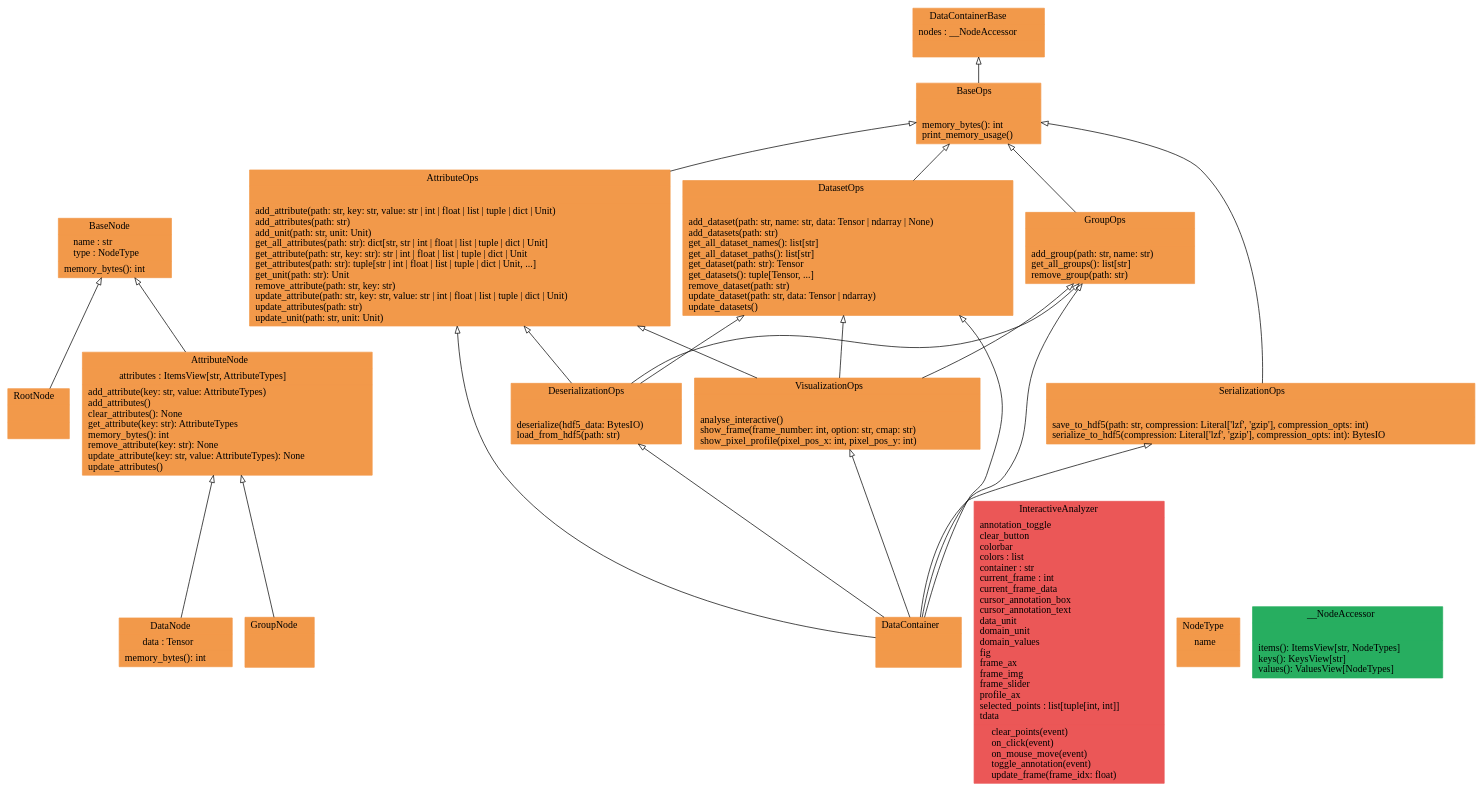
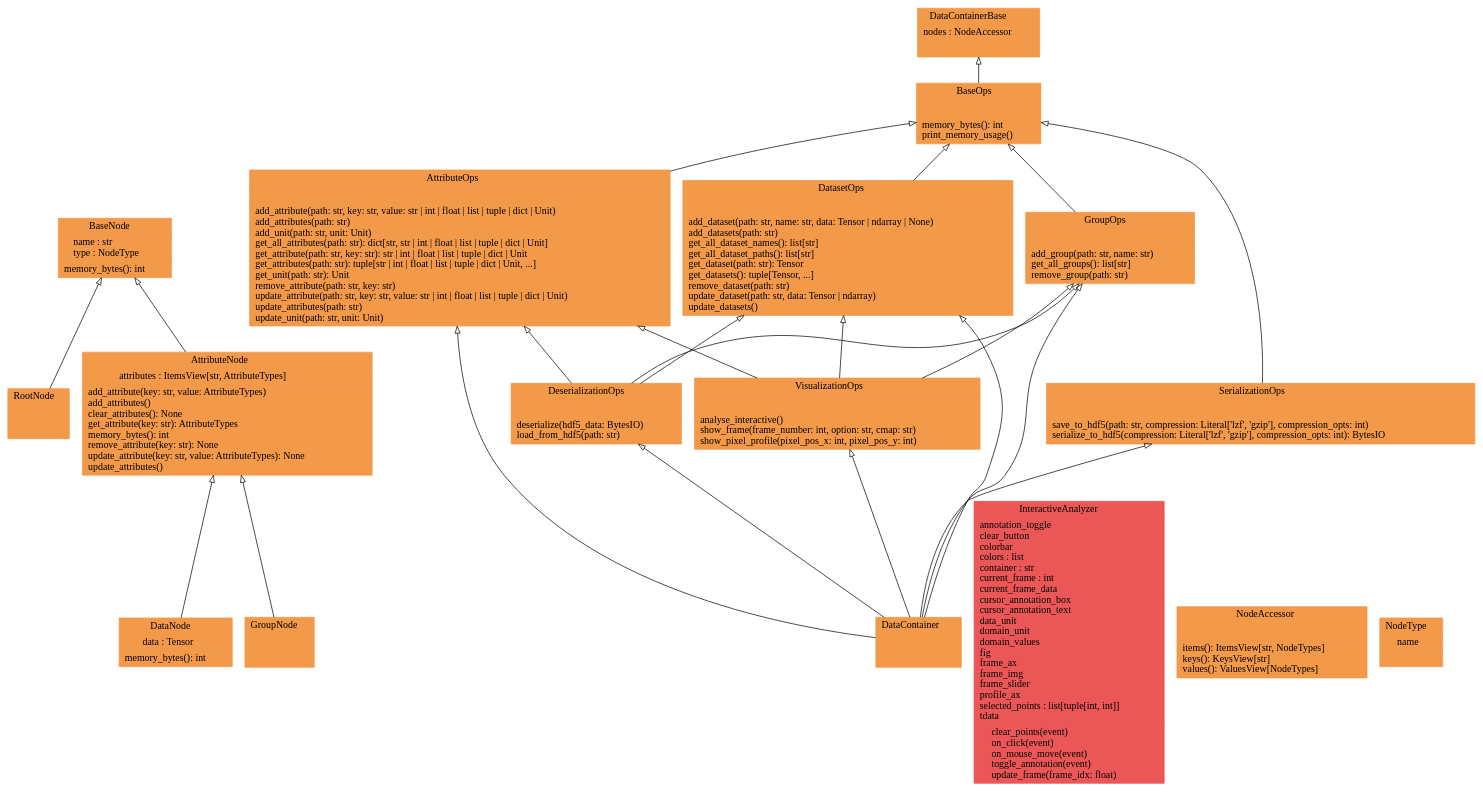
Before and after one commit to voidsy-gmbh/pyThermoNDT: the diagram in docs/pyreverse/graphviz/classes_pythermondt.data.datacontainer.gv, drawn with Graphviz. The commit also changed 11 other files, not shown here.

First line of the commit message:
Make DataContainer pickleable by moving NodeAccessor out of inner class (#128)

```diff
--- a/docs/pyreverse/graphviz/classes_pythermondt.data.datacontainer.gv
+++ b/docs/pyreverse/graphviz/classes_pythermondt.data.datacontainer.gv
@@ -1,42 +1,42 @@
 digraph "classes_pythermondt.data.datacontainer" {
 rankdir=BT
 charset="utf-8"
 "pythermondt.data.datacontainer.node.AttributeNode" [color="#F2994A", fontcolor="black", label=<{AttributeNode|attributes : ItemsView[str, AttributeTypes]<br ALIGN="LEFT"/>|add_attribute(key: str, value: AttributeTypes)<br ALIGN="LEFT"/>add_attributes()<br ALIGN="LEFT"/>clear_attributes(): None<br ALIGN="LEFT"/>get_attribute(key: str): AttributeTypes<br ALIGN="LEFT"/>memory_bytes(): int<br ALIGN="LEFT"/>remove_attribute(key: str): None<br ALIGN="LEFT"/>update_attribute(key: str, value: AttributeTypes): None<br ALIGN="LEFT"/>update_attributes()<br ALIGN="LEFT"/>}>, shape="record", style="filled"];
 "pythermondt.data.datacontainer.attribute_ops.AttributeOps" [color="#F2994A", fontcolor="black", label=<{AttributeOps|<br ALIGN="LEFT"/>|add_attribute(path: str, key: str, value: str \| int \| float \| list \| tuple \| dict \| Unit)<br ALIGN="LEFT"/>add_attributes(path: str)<br ALIGN="LEFT"/>add_unit(path: str, unit: Unit)<br ALIGN="LEFT"/>get_all_attributes(path: str): dict[str, str \| int \| float \| list \| tuple \| dict \| Unit]<br ALIGN="LEFT"/>get_attribute(path: str, key: str): str \| int \| float \| list \| tuple \| dict \| Unit<br ALIGN="LEFT"/>get_attributes(path: str): tuple[str \| int \| float \| list \| tuple \| dict \| Unit, ...]<br ALIGN="LEFT"/>get_unit(path: str): Unit<br ALIGN="LEFT"/>remove_attribute(path: str, key: str)<br ALIGN="LEFT"/>update_attribute(path: str, key: str, value: str \| int \| float \| list \| tuple \| dict \| Unit)<br ALIGN="LEFT"/>update_attributes(path: str)<br ALIGN="LEFT"/>update_unit(path: str, unit: Unit)<br ALIGN="LEFT"/>}>, shape="record", style="filled"];
 "pythermondt.data.datacontainer.node.BaseNode" [color="#F2994A", fontcolor="black", label=<{BaseNode|name : str<br ALIGN="LEFT"/>type : NodeType<br ALIGN="LEFT"/>|memory_bytes(): int<br ALIGN="LEFT"/>}>, shape="record", style="filled"];
 "pythermondt.data.datacontainer.base.BaseOps" [color="#F2994A", fontcolor="black", label=<{BaseOps|<br ALIGN="LEFT"/>|memory_bytes(): int<br ALIGN="LEFT"/>print_memory_usage()<br ALIGN="LEFT"/>}>, shape="record", style="filled"];
 "pythermondt.data.datacontainer.core.DataContainer" [color="#F2994A", fontcolor="black", label=<{DataContainer|<br ALIGN="LEFT"/>|}>, shape="record", style="filled"];
-"pythermondt.data.datacontainer.base.DataContainerBase" [color="#F2994A", fontcolor="black", label=<{DataContainerBase|nodes : __NodeAccessor<br ALIGN="LEFT"/>|}>, shape="record", style="filled"];
+"pythermondt.data.datacontainer.base.DataContainerBase" [color="#F2994A", fontcolor="black", label=<{DataContainerBase|nodes : NodeAccessor<br ALIGN="LEFT"/>|}>, shape="record", style="filled"];
 "pythermondt.data.datacontainer.node.DataNode" [color="#F2994A", fontcolor="black", label=<{DataNode|data : Tensor<br ALIGN="LEFT"/>|memory_bytes(): int<br ALIGN="LEFT"/>}>, shape="record", style="filled"];
 "pythermondt.data.datacontainer.dataset_ops.DatasetOps" [color="#F2994A", fontcolor="black", label=<{DatasetOps|<br ALIGN="LEFT"/>|add_dataset(path: str, name: str, data: Tensor \| ndarray \| None)<br ALIGN="LEFT"/>add_datasets(path: str)<br ALIGN="LEFT"/>get_all_dataset_names(): list[str]<br ALIGN="LEFT"/>get_all_dataset_paths(): list[str]<br ALIGN="LEFT"/>get_dataset(path: str): Tensor<br ALIGN="LEFT"/>get_datasets(): tuple[Tensor, ...]<br ALIGN="LEFT"/>remove_dataset(path: str)<br ALIGN="LEFT"/>update_dataset(path: str, data: Tensor \| ndarray)<br ALIGN="LEFT"/>update_datasets()<br ALIGN="LEFT"/>}>, shape="record", style="filled"];
 "pythermondt.data.datacontainer.serialization_ops.DeserializationOps" [color="#F2994A", fontcolor="black", label=<{DeserializationOps|<br ALIGN="LEFT"/>|deserialize(hdf5_data: BytesIO)<br ALIGN="LEFT"/>load_from_hdf5(path: str)<br ALIGN="LEFT"/>}>, shape="record", style="filled"];
 "pythermondt.data.datacontainer.node.GroupNode" [color="#F2994A", fontcolor="black", label=<{GroupNode|<br ALIGN="LEFT"/>|}>, shape="record", style="filled"];
 "pythermondt.data.datacontainer.group_ops.GroupOps" [color="#F2994A", fontcolor="black", label=<{GroupOps|<br ALIGN="LEFT"/>|add_group(path: str, name: str)<br ALIGN="LEFT"/>get_all_groups(): list[str]<br ALIGN="LEFT"/>remove_group(path: str)<br ALIGN="LEFT"/>}>, shape="record", style="filled"];
 "pythermondt.data.datacontainer.visualization_ops.VisualizationOps.InteractiveAnalyzer" [color="#EB5757", fontcolor="black", label=<{InteractiveAnalyzer|annotation_toggle<br ALIGN="LEFT"/>clear_button<br ALIGN="LEFT"/>colorbar<br ALIGN="LEFT"/>colors : list<br ALIGN="LEFT"/>container : str<br ALIGN="LEFT"/>current_frame : int<br ALIGN="LEFT"/>current_frame_data<br ALIGN="LEFT"/>cursor_annotation_box<br ALIGN="LEFT"/>cursor_annotation_text<br ALIGN="LEFT"/>data_unit<br ALIGN="LEFT"/>domain_unit<br ALIGN="LEFT"/>domain_values<br ALIGN="LEFT"/>fig<br ALIGN="LEFT"/>frame_ax<br ALIGN="LEFT"/>frame_img<br ALIGN="LEFT"/>frame_slider<br ALIGN="LEFT"/>profile_ax<br ALIGN="LEFT"/>selected_points : list[tuple[int, int]]<br ALIGN="LEFT"/>tdata<br ALIGN="LEFT"/>|clear_points(event)<br ALIGN="LEFT"/>on_click(event)<br ALIGN="LEFT"/>on_mouse_move(event)<br ALIGN="LEFT"/>toggle_annotation(event)<br ALIGN="LEFT"/>update_frame(frame_idx: float)<br ALIGN="LEFT"/>}>, shape="record", style="filled"];
+"pythermondt.data.datacontainer.base.NodeAccessor" [color="#F2994A", fontcolor="black", label=<{NodeAccessor|<br ALIGN="LEFT"/>|items(): ItemsView[str, NodeTypes]<br ALIGN="LEFT"/>keys(): KeysView[str]<br ALIGN="LEFT"/>values(): ValuesView[NodeTypes]<br ALIGN="LEFT"/>}>, shape="record", style="filled"];
 "pythermondt.data.datacontainer.node.NodeType" [color="#F2994A", fontcolor="black", label=<{NodeType|name<br ALIGN="LEFT"/>|}>, shape="record", style="filled"];
 "pythermondt.data.datacontainer.node.RootNode" [color="#F2994A", fontcolor="black", label=<{RootNode|<br ALIGN="LEFT"/>|}>, shape="record", style="filled"];
 "pythermondt.data.datacontainer.serialization_ops.SerializationOps" [color="#F2994A", fontcolor="black", label=<{SerializationOps|<br ALIGN="LEFT"/>|save_to_hdf5(path: str, compression: Literal['lzf', 'gzip'], compression_opts: int)<br ALIGN="LEFT"/>serialize_to_hdf5(compression: Literal['lzf', 'gzip'], compression_opts: int): BytesIO<br ALIGN="LEFT"/>}>, shape="record", style="filled"];
 "pythermondt.data.datacontainer.visualization_ops.VisualizationOps" [color="#F2994A", fontcolor="black", label=<{VisualizationOps|<br ALIGN="LEFT"/>|analyse_interactive()<br ALIGN="LEFT"/>show_frame(frame_number: int, option: str, cmap: str)<br ALIGN="LEFT"/>show_pixel_profile(pixel_pos_x: int, pixel_pos_y: int)<br ALIGN="LEFT"/>}>, shape="record", style="filled"];
-"pythermondt.data.datacontainer.base.DataContainerBase.__NodeAccessor" [color="#27AE60", fontcolor="black", label=<{__NodeAccessor|<br ALIGN="LEFT"/>|items(): ItemsView[str, NodeTypes]<br ALIGN="LEFT"/>keys(): KeysView[str]<br ALIGN="LEFT"/>values(): ValuesView[NodeTypes]<br ALIGN="LEFT"/>}>, shape="record", style="filled"];
 "pythermondt.data.datacontainer.attribute_ops.AttributeOps" -> "pythermondt.data.datacontainer.base.BaseOps" [arrowhead="empty", arrowtail="none"];
 "pythermondt.data.datacontainer.base.BaseOps" -> "pythermondt.data.datacontainer.base.DataContainerBase" [arrowhead="empty", arrowtail="none"];
 "pythermondt.data.datacontainer.core.DataContainer" -> "pythermondt.data.datacontainer.attribute_ops.AttributeOps" [arrowhead="empty", arrowtail="none"];
 "pythermondt.data.datacontainer.core.DataContainer" -> "pythermondt.data.datacontainer.dataset_ops.DatasetOps" [arrowhead="empty", arrowtail="none"];
 "pythermondt.data.datacontainer.core.DataContainer" -> "pythermondt.data.datacontainer.group_ops.GroupOps" [arrowhead="empty", arrowtail="none"];
 "pythermondt.data.datacontainer.core.DataContainer" -> "pythermondt.data.datacontainer.serialization_ops.DeserializationOps" [arrowhead="empty", arrowtail="none"];
 "pythermondt.data.datacontainer.core.DataContainer" -> "pythermondt.data.datacontainer.serialization_ops.SerializationOps" [arrowhead="empty", arrowtail="none"];
 "pythermondt.data.datacontainer.core.DataContainer" -> "pythermondt.data.datacontainer.visualization_ops.VisualizationOps" [arrowhead="empty", arrowtail="none"];
 "pythermondt.data.datacontainer.dataset_ops.DatasetOps" -> "pythermondt.data.datacontainer.base.BaseOps" [arrowhead="empty", arrowtail="none"];
 "pythermondt.data.datacontainer.group_ops.GroupOps" -> "pythermondt.data.datacontainer.base.BaseOps" [arrowhead="empty", arrowtail="none"];
 "pythermondt.data.datacontainer.node.AttributeNode" -> "pythermondt.data.datacontainer.node.BaseNode" [arrowhead="empty", arrowtail="none"];
 "pythermondt.data.datacontainer.node.DataNode" -> "pythermondt.data.datacontainer.node.AttributeNode" [arrowhead="empty", arrowtail="none"];
 "pythermondt.data.datacontainer.node.GroupNode" -> "pythermondt.data.datacontainer.node.AttributeNode" [arrowhead="empty", arrowtail="none"];
 "pythermondt.data.datacontainer.node.RootNode" -> "pythermondt.data.datacontainer.node.BaseNode" [arrowhead="empty", arrowtail="none"];
 "pythermondt.data.datacontainer.serialization_ops.DeserializationOps" -> "pythermondt.data.datacontainer.attribute_ops.AttributeOps" [arrowhead="empty", arrowtail="none"];
 "pythermondt.data.datacontainer.serialization_ops.DeserializationOps" -> "pythermondt.data.datacontainer.dataset_ops.DatasetOps" [arrowhead="empty", arrowtail="none"];
 "pythermondt.data.datacontainer.serialization_ops.DeserializationOps" -> "pythermondt.data.datacontainer.group_ops.GroupOps" [arrowhead="empty", arrowtail="none"];
 "pythermondt.data.datacontainer.serialization_ops.SerializationOps" -> "pythermondt.data.datacontainer.base.BaseOps" [arrowhead="empty", arrowtail="none"];
 "pythermondt.data.datacontainer.visualization_ops.VisualizationOps" -> "pythermondt.data.datacontainer.attribute_ops.AttributeOps" [arrowhead="empty", arrowtail="none"];
 "pythermondt.data.datacontainer.visualization_ops.VisualizationOps" -> "pythermondt.data.datacontainer.dataset_ops.DatasetOps" [arrowhead="empty", arrowtail="none"];
 "pythermondt.data.datacontainer.visualization_ops.VisualizationOps" -> "pythermondt.data.datacontainer.group_ops.GroupOps" [arrowhead="empty", arrowtail="none"];
 }
```
